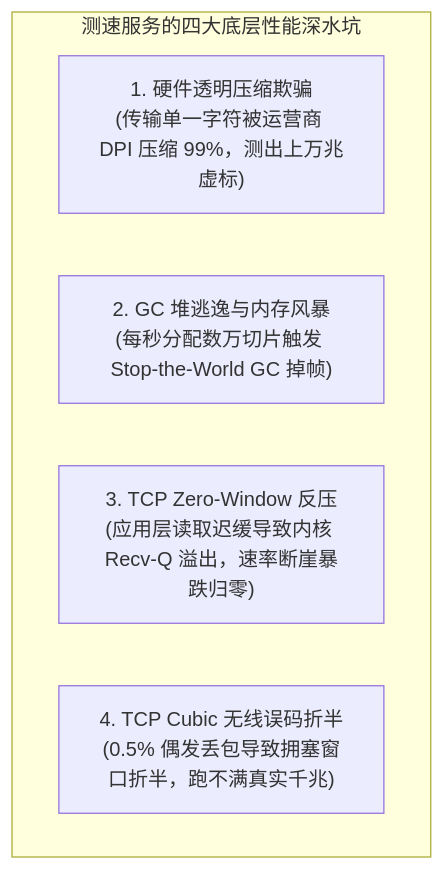
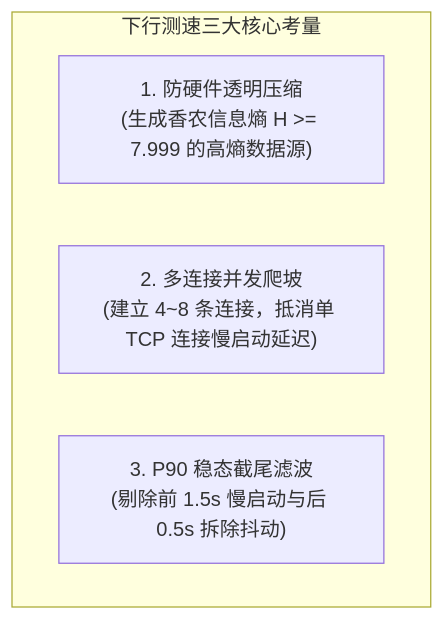
One commit to MoreConsequence/MoreConsequence.github.io changed the second of 2 diagrams in content/posts/speedtest-go-deep-dive-whitepaper.md. Above: the diagram before and after it, drawn with Mermaid. The commit also changed other lines of this file, not shown here.

````diff
--- a/content/posts/speedtest-go-deep-dive-whitepaper.md
+++ b/content/posts/speedtest-go-deep-dive-whitepaper.md
@@ -109,9 +75,8 @@
 ```mermaid
 flowchart TD
-    subgraph Pitfalls["测速服务的四大底层性能深水坑"]
-        P1["1. 硬件透明压缩欺骗<br/>(传输单一字符被运营商 DPI 压缩 99%，测出上万兆虚标)"]
-        P2["2. GC 堆逃逸与内存风暴<br/>(每秒分配数万切片触发 Stop-the-World GC 掉帧)"]
-        P3["3. TCP Zero-Window 反压<br/>(应用层读取迟缓导致内核 Recv-Q 溢出，速率断崖暴跌归零)"]
-        P4["4. TCP Cubic 无线误码折半<br/>(0.5% 偶发丢包导致拥塞窗口折半，跑不满真实千兆)"]
+    subgraph DownlinkIssues["下行测速三大核心考量"]
+        D1["1. 防硬件透明压缩<br/>(生成香农信息熵 H >= 7.999 的高熵数据源)"]
+        D2["2. 多连接并发爬坡<br/>(建立 4~8 条连接，抵消单 TCP 连接慢启动延迟)"]
+        D3["3. P90 稳态截尾滤波<br/>(剔除前 1.5s 慢启动与后 0.5s 拆除抖动)"]
     end
 ```
````
